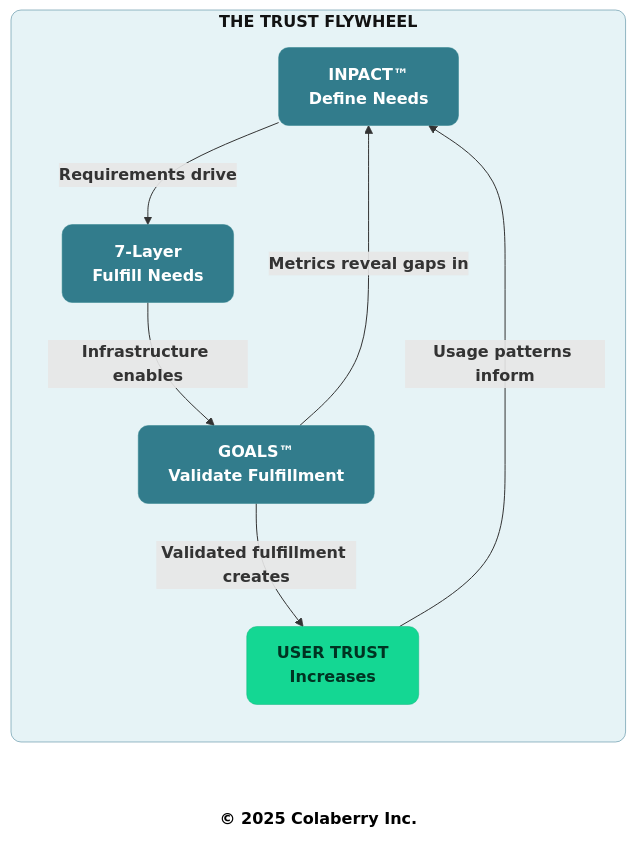
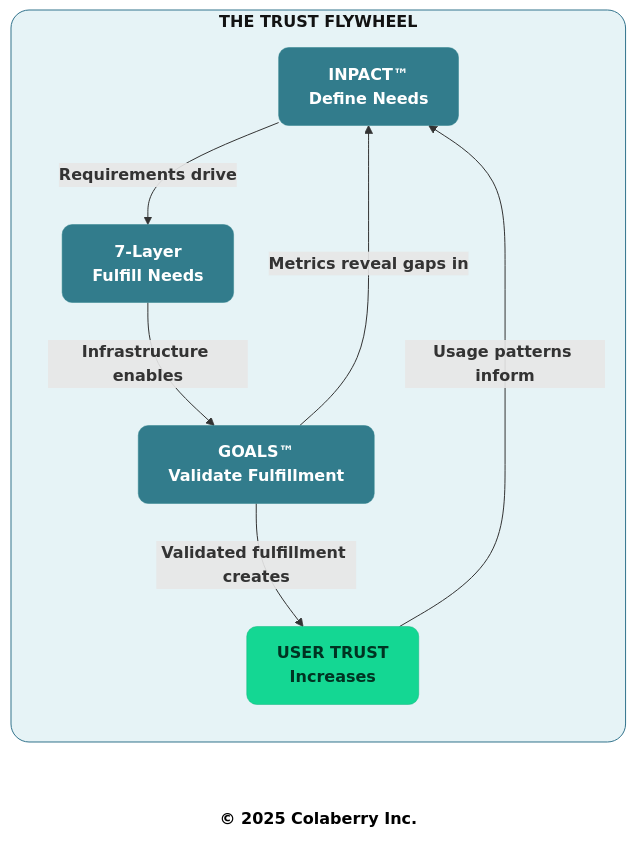
Diagram 13 of 14 in manuscript/08_chapter_7_goals_framework.md (saitejesh-cyber/trust-before-intelligence-book), drawn with Mermaid before and after one commit. The commit also changed 2 other files, not shown here.

Commit message:
broder width correction

````diff
--- a/manuscript/08_chapter_7_goals_framework.md
+++ b/manuscript/08_chapter_7_goals_framework.md
@@ -1666,24 +1666,24 @@
 ```mermaid
 graph LR
     subgraph FLYWHEEL["<b>THE TRUST FLYWHEEL</b>"]
         INPACT["<b>INPACT™</b><br/><b>Define Needs</b>"]
         LAYERS["<b>7-Layer</b><br/><b>Fulfill Needs</b>"]
         GOALS["<b>GOALS™</b><br/><b>Validate Fulfillment</b>"]
         TRUST["<b>USER TRUST</b><br/><b>Increases</b>"]
         
         INPACT -->|<b>Requirements drive</b>| LAYERS
         LAYERS -->|<b>Infrastructure enables</b>| GOALS
         GOALS -->|<b>Metrics reveal gaps in</b>| INPACT
         GOALS -->|<b>Validated fulfillment creates</b>| TRUST
         TRUST -->|<b>Usage patterns inform</b>| INPACT
     end
     
-    style FLYWHEEL fill:#E6F3F6,stroke:#32738C,stroke-width:0.5px,color:#121212,rx:10,ry:10
+    style FLYWHEEL fill:#E6F3F6,stroke:#32738C,stroke-width:1px,color:#121212,rx:18,ry:18
     style INPACT fill:#327C8C,stroke:#30838C,stroke-width:0.5px,color:#ffffff,rx:10,ry:10
     style LAYERS fill:#327C8C,stroke:#30838C,stroke-width:0.5px,color:#ffffff,rx:10,ry:10
     style GOALS fill:#327C8C,stroke:#30838C,stroke-width:0.5px,color:#ffffff,rx:10,ry:10
     style TRUST fill:#14D793,stroke:#0FB67D,stroke-width:0.5px,color:#003322,rx:10,ry:10
     
     Copyright["<b>© 2025 Colaberry Inc.</b>"]
     style Copyright fill:none,stroke:none,stroke-width:0.5px,color:#000000
 ```
````
